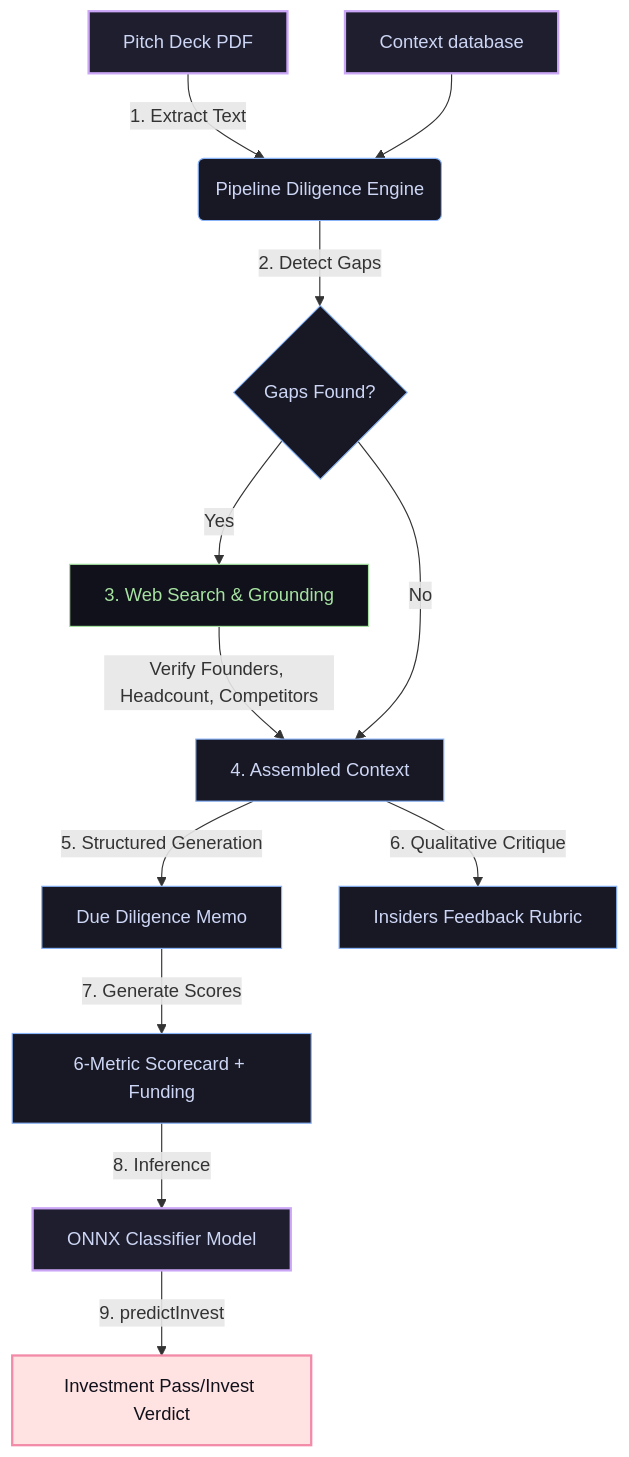
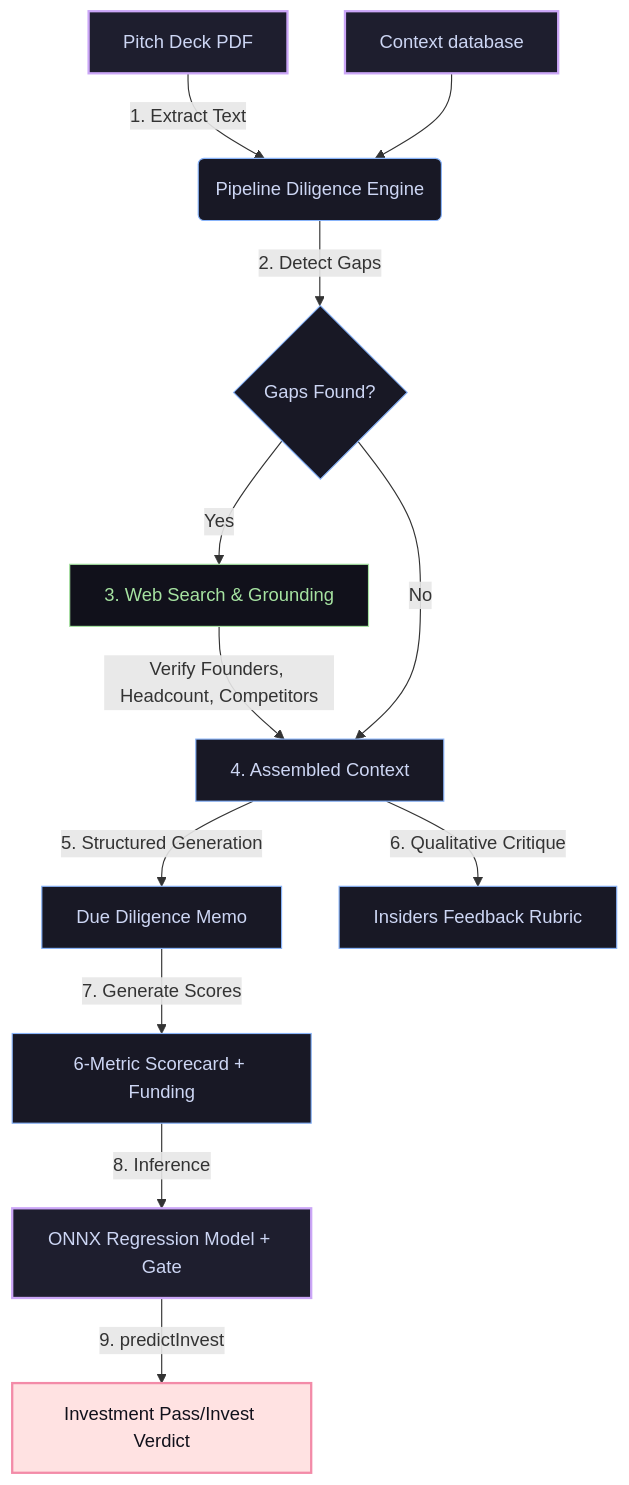
The diagram in README.md (william-ragnarsson/vc-analyst), drawn with Mermaid before and after one commit. The commit also changed other lines of this file and 12 other files, not shown here.

First line of the commit message:
Use the regression model and its acceptance gate for the verdict

````diff
--- a/README.md
+++ b/README.md
@@ -25,23 +25,23 @@
 ```mermaid
 graph TD
     %% Styling
     classDef main fill:#1e1e2e,stroke:#cba6f7,stroke-width:2px,color:#cdd6f4;
     classDef highlight fill:#ffe2e2,stroke:#f38ba8,stroke-width:2px,color:#11111b;
     classDef process fill:#181825,stroke:#89b4fa,stroke-width:1px,color:#cdd6f4;
     classDef external fill:#11111b,stroke:#a6e3a1,stroke-width:1px,color:#a6e3a1;
 
     A[Pitch Deck PDF]:::main -->|1. Extract Text| B(Pipeline Diligence Engine):::process
     Playbook[Context database]:::main --> B
     
     B -->|2. Detect Gaps| C{Gaps Found?}:::process
     C -->|Yes| D[3. Web Search & Grounding]:::external
     D -->|Verify Founders, Headcount, Competitors| E[4. Assembled Context]:::process
     C -->|No| E
     
     E -->|5. Structured Generation| F[Due Diligence Memo]:::process
     E -->|6. Qualitative Critique| G[Insiders Feedback Rubric]:::process
     
     F -->|7. Generate Scores| Scorecard[6-Metric Scorecard + Funding]:::process
-    Scorecard -->|8. Inference| ONNX[ONNX Classifier Model]:::main
+    Scorecard -->|8. Inference| ONNX[ONNX Regression Model + Gate]:::main
     ONNX -->|9. predictInvest| Verdict[Investment Pass/Invest Verdict]:::highlight
 ```
````
